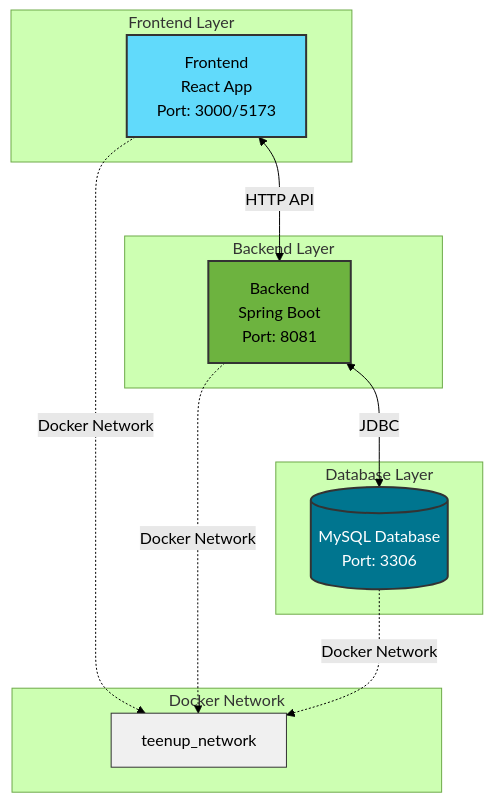
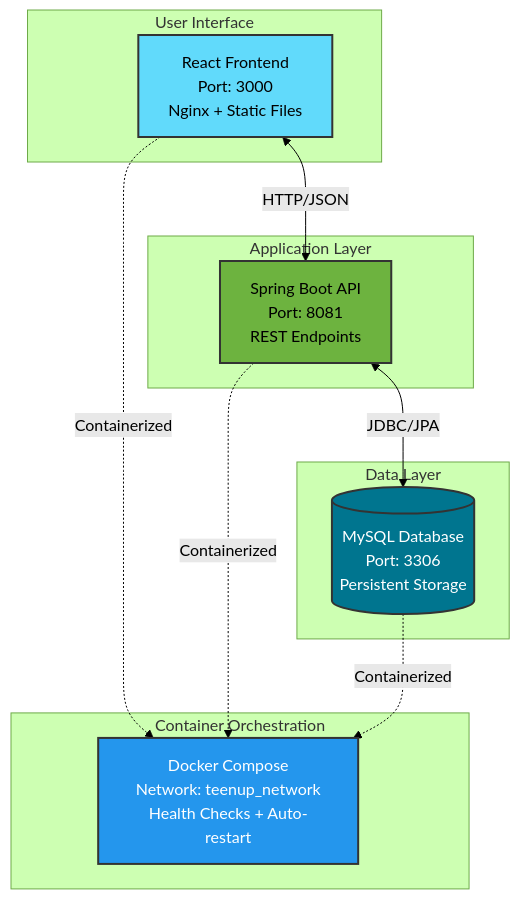
The diagram in README.md (dammanhdungvn/teenup), drawn with Mermaid (forest theme) before and after one commit. The commit also changed other lines of this file and 28 other files, not shown here.

````diff
--- a/README.md
+++ b/README.md
@@ -127,29 +74,29 @@
 ```mermaid
 graph TB
-    subgraph "Frontend Layer"
-        FE[Frontend<br/>React App<br/>Port: 3000/5173]
+    subgraph "User Interface"
+        UI[React Frontend<br/>Port: 3000<br/>Nginx + Static Files]
     end
     
-    subgraph "Backend Layer"
-        BE[Backend<br/>Spring Boot<br/>Port: 8081]
+    subgraph "Application Layer"
+        API[Spring Boot API<br/>Port: 8081<br/>REST Endpoints]
     end
     
-    subgraph "Database Layer"
-        DB[(MySQL Database<br/>Port: 3306)]
+    subgraph "Data Layer"
+        DB[(MySQL Database<br/>Port: 3306<br/>Persistent Storage)]
     end
     
-    subgraph "Docker Network"
-        DN[teenup_network]
+    subgraph "Container Orchestration"
+        DOCKER[Docker Compose<br/>Network: teenup_network<br/>Health Checks + Auto-restart]
     end
     
-    FE <-->|HTTP API| BE
-    BE <-->|JDBC| DB
-    FE -.->|Docker Network| DN
-    BE -.->|Docker Network| DN
-    DB -.->|Docker Network| DN
+    UI <-->|HTTP/JSON| API
+    API <-->|JDBC/JPA| DB
+    UI -.->|Containerized| DOCKER
+    API -.->|Containerized| DOCKER
+    DB -.->|Containerized| DOCKER
     
-    style FE fill:#61dafb,stroke:#333,stroke-width:2px
-    style BE fill:#6db33f,stroke:#333,stroke-width:2px
+    style UI fill:#61dafb,stroke:#333,stroke-width:2px
+    style API fill:#6db33f,stroke:#333,stroke-width:2px
     style DB fill:#00758f,stroke:#333,stroke-width:2px,color:#fff
-    style DN fill:#f0f0f0,stroke:#333,stroke-width:1px
+    style DOCKER fill:#2496ed,stroke:#333,stroke-width:2px,color:#fff
 ```
````
